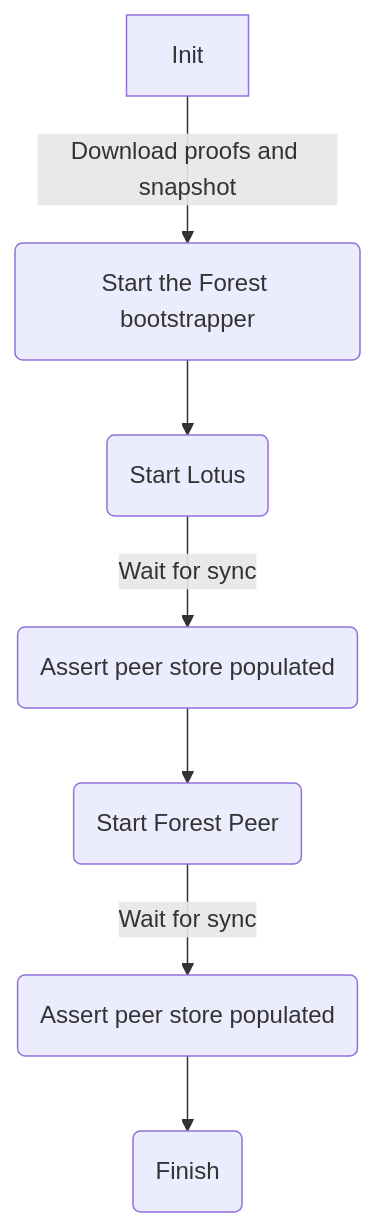
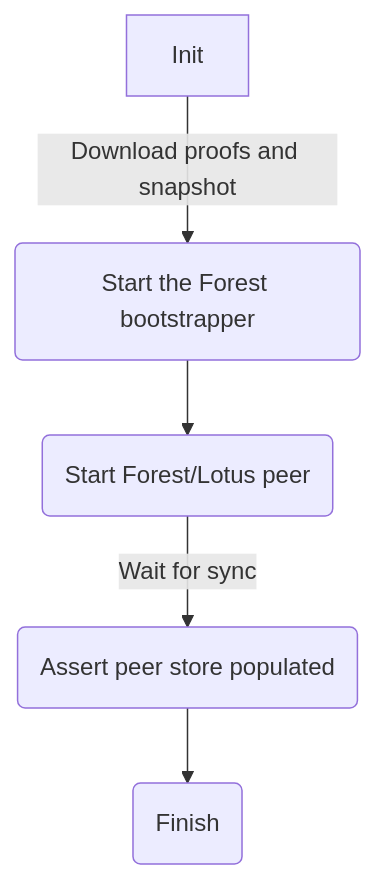
Before and after one commit to ChainSafe/forest: the diagram in scripts/tests/bootstrapper/README.md, drawn with Mermaid. The commit also changed other lines of this file, not shown here.

````diff
--- a/scripts/tests/bootstrapper/README.md
+++ b/scripts/tests/bootstrapper/README.md
@@ -13,9 +14,7 @@
 ```mermaid
 flowchart TD
     A[Init] -->|Download proofs and snapshot| B(Start the Forest bootstrapper)
-    B --> C(Start Lotus)
+    B --> C(Start Forest/Lotus peer)
     C -->|Wait for sync| E(Assert peer store populated)
-        E --> F(Start Forest Peer)
-    F -->|Wait for sync| G(Assert peer store populated)
-    G --> H(Finish)
+    E --> F(Finish)
 ```
````
